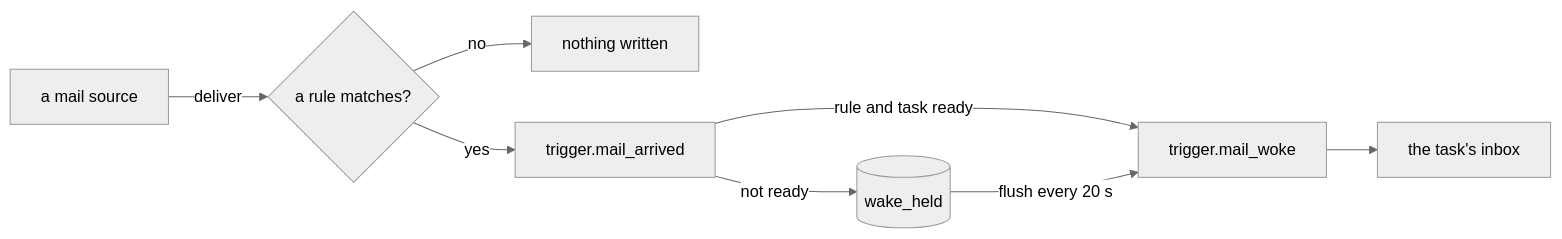
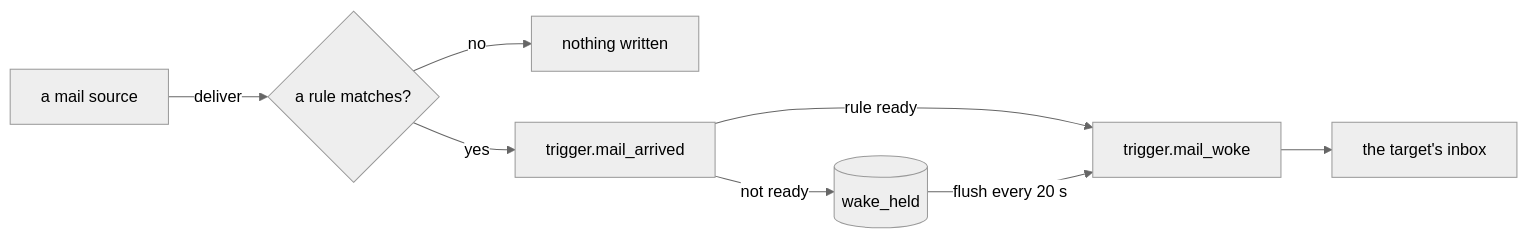
Before and after one commit to zgeoff/nixie: the diagram in docs/design/queue/mail/wake-rules.md, drawn with Mermaid (neutral theme). The commit also changed other lines of this file and 3 other files, not shown here.

````diff
--- a/docs/design/queue/mail/wake-rules.md
+++ b/docs/design/queue/mail/wake-rules.md
@@ -15,10 +15,10 @@
 ```mermaid
 flowchart LR
   src[a mail source] -->|"deliver"| match{a rule matches?}
   match -->|"no"| none[nothing written]
   match -->|"yes"| arrived[trigger.mail_arrived]
-  arrived -->|"rule and task ready"| woke[trigger.mail_woke]
+  arrived -->|"rule ready"| woke[trigger.mail_woke]
   arrived -->|"not ready"| held[(wake_held)]
   held -->|"flush every 20 s"| woke
-  woke --> inbox[the task's inbox]
+  woke --> inbox[the target's inbox]
 ```
````
